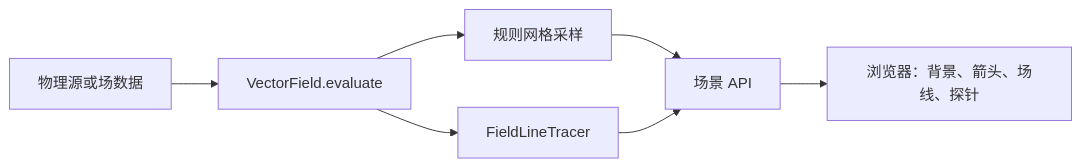
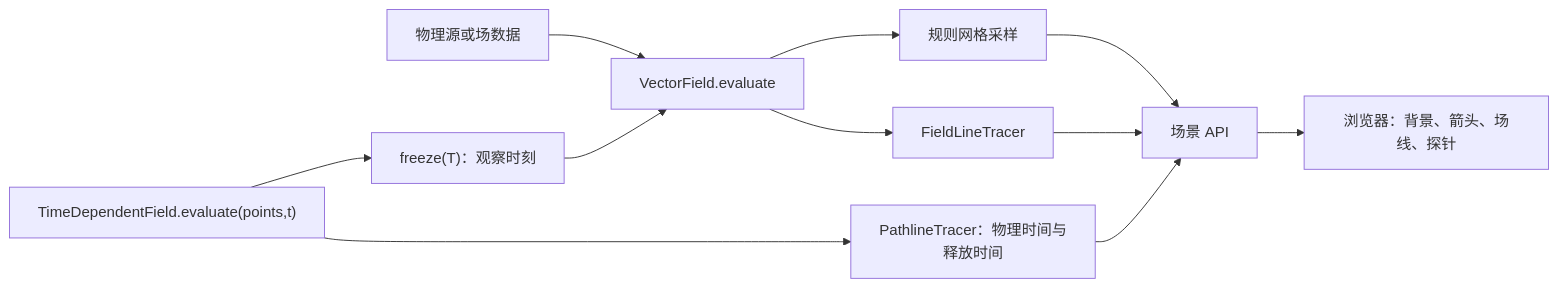
One commit to longwarriors/Vector_field_streamline changed the diagram in docs/index.md. Above: the diagram before and after it, drawn with Mermaid. The commit also changed other lines of this file and 38 other files, not shown here.

````diff
--- a/docs/index.md
+++ b/docs/index.md
@@ -27,9 +29,13 @@
 ```mermaid
 flowchart LR
     S["物理源或场数据"] --> F["VectorField.evaluate"]
     F --> G["规则网格采样"]
     F --> T["FieldLineTracer"]
+    U["TimeDependentField.evaluate(points,t)"] --> Z["freeze(T)：观察时刻"]
+    Z --> F
+    U --> P["PathlineTracer：物理时间与释放时间"]
     G --> A["场景 API"]
     T --> A
+    P --> A
     A --> W["浏览器：背景、箭头、场线、探针"]
 ```
````
